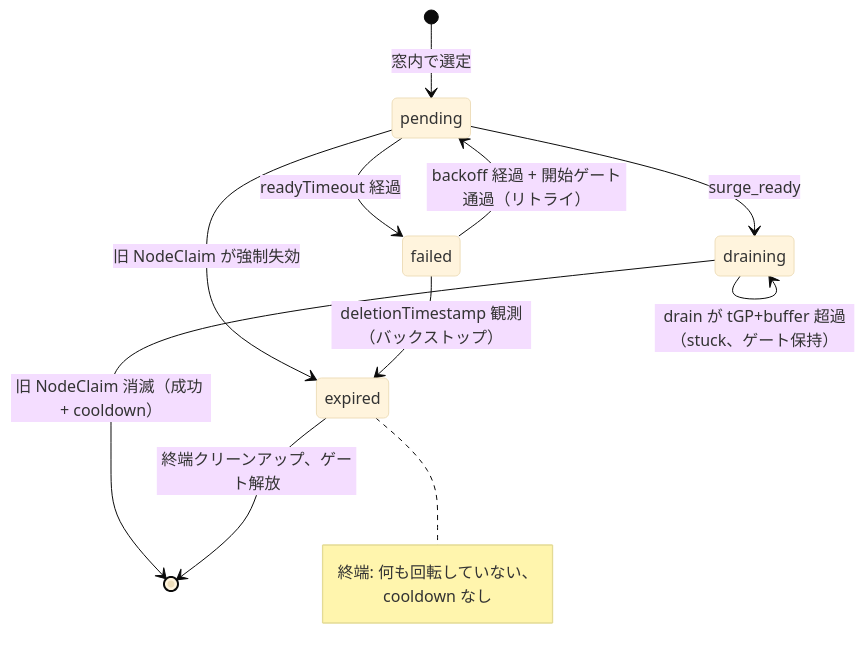
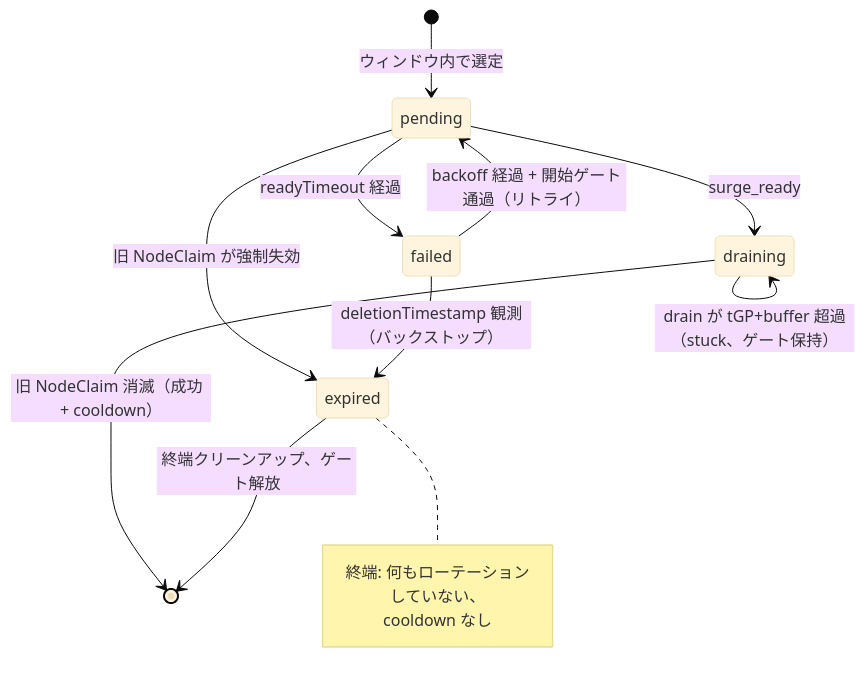
The third of 3 diagrams in docs/ja/specification/05-implementation.md (AkashiSN/node-rotation-controller), drawn with Mermaid (base theme) before and after one commit. The commit also changed other lines of this file and 10 other files, not shown here.

````diff
--- a/docs/ja/specification/05-implementation.md
+++ b/docs/ja/specification/05-implementation.md
@@ -283,16 +283,16 @@
 ```mermaid
 stateDiagram-v2
-    [*] --> pending: 窓内で選定
+    [*] --> pending: ウィンドウ内で選定
     pending --> draining: surge_ready
     pending --> failed: readyTimeout 経過
     pending --> expired: 旧 NodeClaim が強制失効
     draining --> [*]: 旧 NodeClaim 消滅（成功 + cooldown）
     failed --> pending: backoff 経過 + 開始ゲート通過（リトライ）
     failed --> expired: deletionTimestamp 観測（バックストップ）
     expired --> [*]: 終端クリーンアップ、ゲート解放
     draining --> draining: drain が tGP+buffer 超過（stuck、ゲート保持）
     note right of expired
-        終端: 何も回転していない、
+        終端: 何もローテーションしていない、
         cooldown なし
     end note
 ```
````
